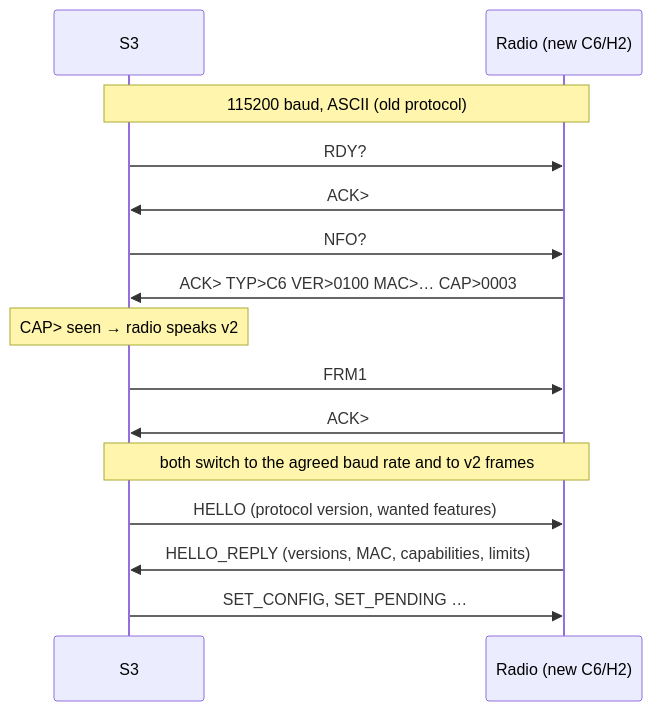
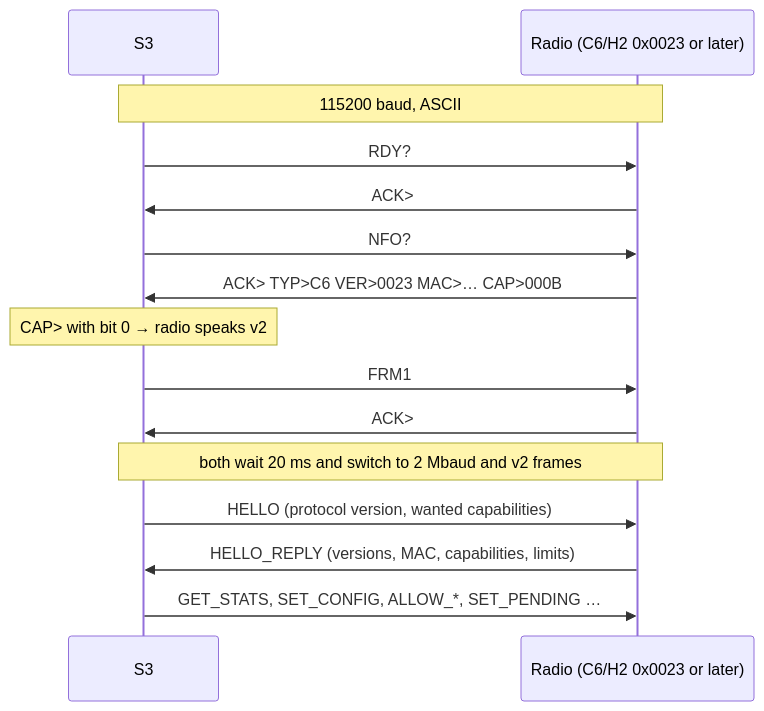
Before and after one commit to skiphansen/OpenEPaperLink: the diagram in docs/design/radio-protocol-v2.md, drawn with Mermaid. The commit also changed other lines of this file and 83 other files, not shown here.

````diff
--- a/docs/design/radio-protocol-v2.md
+++ b/docs/design/radio-protocol-v2.md
@@ -19,17 +24,17 @@
 ```mermaid
 sequenceDiagram
     participant S3
-    participant R as Radio (new C6/H2)
-    Note over S3,R: 115200 baud, ASCII (old protocol)
+    participant R as Radio (C6/H2 0x0023 or later)
+    Note over S3,R: 115200 baud, ASCII
     S3->>R: RDY?
     R->>S3: ACK>
     S3->>R: NFO?
-    R->>S3: ACK> TYP>C6 VER>0100 MAC>… CAP>0003
-    Note over S3: CAP> seen → radio speaks v2
+    R->>S3: ACK> TYP>C6 VER>0023 MAC>… CAP>000B
+    Note over S3: CAP> with bit 0 → radio speaks v2
     S3->>R: FRM1
     R->>S3: ACK>
-    Note over S3,R: both switch to the agreed baud rate and to v2 frames
-    S3->>R: HELLO (protocol version, wanted features)
+    Note over S3,R: both wait 20 ms and switch to 2 Mbaud and v2 frames
+    S3->>R: HELLO (protocol version, wanted capabilities)
     R->>S3: HELLO_REPLY (versions, MAC, capabilities, limits)
-    S3->>R: SET_CONFIG, SET_PENDING …
+    S3->>R: GET_STATS, SET_CONFIG, ALLOW_*, SET_PENDING …
 ```
````
